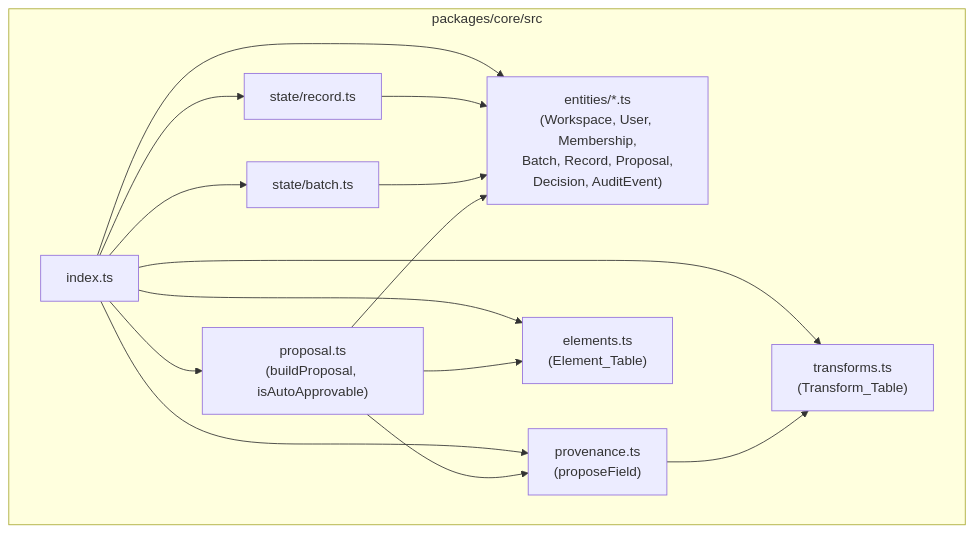
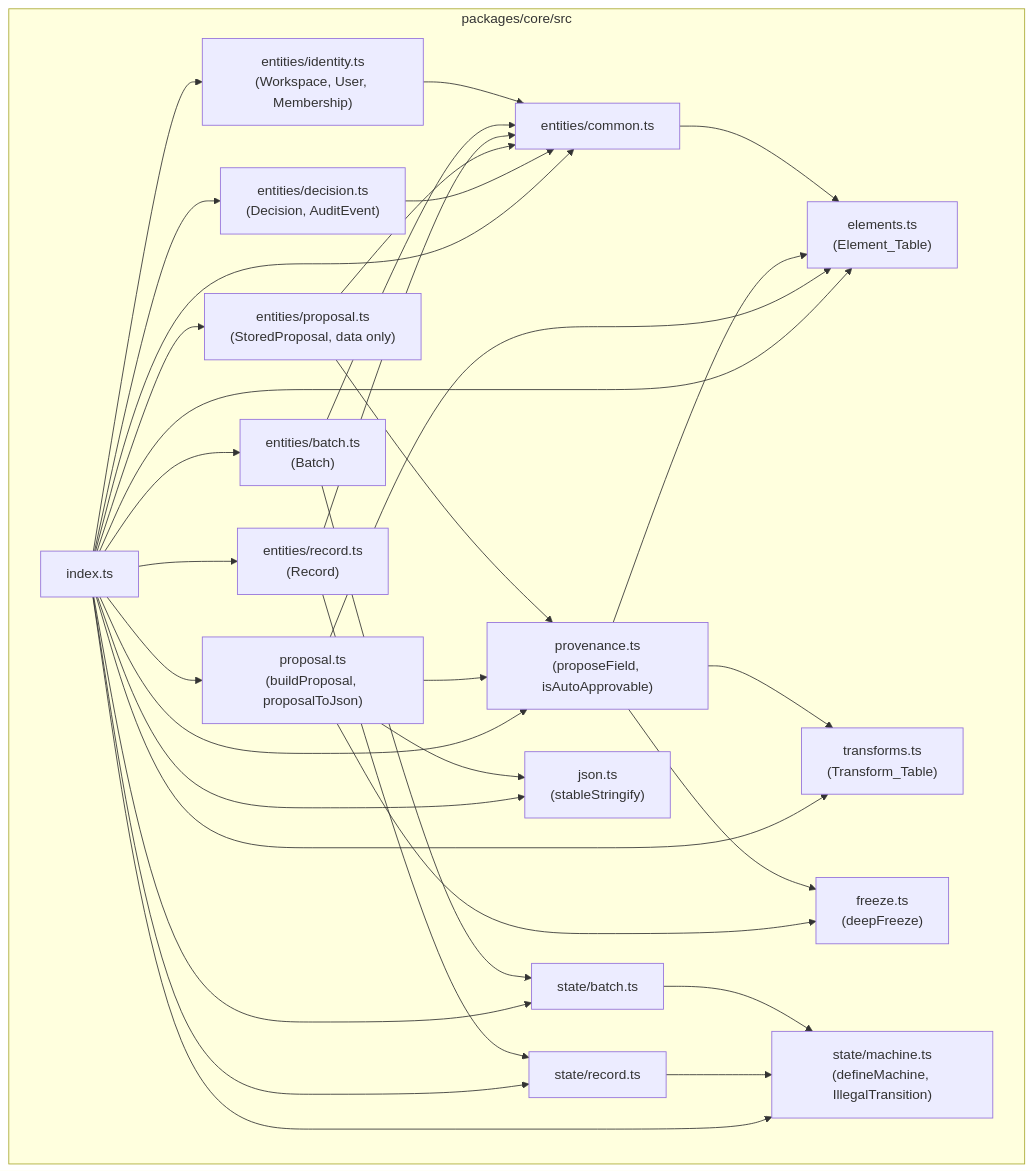
The first of 2 diagrams in .kiro/specs/domain-core/design.md (swapnaliss/4x35), drawn with Mermaid before and after one commit. The commit also changed other lines of this file and 2 other files, not shown here.

````diff
--- a/.kiro/specs/domain-core/design.md
+++ b/.kiro/specs/domain-core/design.md
@@ -27,27 +28,54 @@
 ```mermaid
 flowchart TB
     subgraph "packages/core/src"
-        entities["entities/*.ts\n(Workspace, User, Membership,\nBatch, Record, Proposal,\nDecision, AuditEvent)"]
+        common["entities/common.ts"]
+        identity["entities/identity.ts\n(Workspace, User, Membership)"]
+        batchEnt["entities/batch.ts\n(Batch)"]
+        recordEnt["entities/record.ts\n(Record)"]
+        proposalEnt["entities/proposal.ts\n(StoredProposal, data only)"]
+        decisionEnt["entities/decision.ts\n(Decision, AuditEvent)"]
         elements["elements.ts\n(Element_Table)"]
         transforms["transforms.ts\n(Transform_Table)"]
-        provenance["provenance.ts\n(proposeField)"]
-        proposalMod["proposal.ts\n(buildProposal, isAutoApprovable)"]
+        provenance["provenance.ts\n(proposeField, isAutoApprovable)"]
+        proposalMod["proposal.ts\n(buildProposal, proposalToJson)"]
+        json["json.ts\n(stableStringify)"]
+        freeze["freeze.ts\n(deepFreeze)"]
+        machine["state/machine.ts\n(defineMachine, IllegalTransition)"]
         batchState["state/batch.ts"]
         recordState["state/record.ts"]
         index["index.ts"]
     end
 
+    common --> elements
+    identity --> common
+    batchEnt --> common
+    batchEnt --> batchState
+    recordEnt --> common
+    recordEnt --> recordState
+    proposalEnt --> common
+    proposalEnt --> provenance
+    decisionEnt --> common
+    provenance --> elements
     provenance --> transforms
+    provenance --> freeze
     proposalMod --> provenance
     proposalMod --> elements
-    proposalMod --> entities
-    batchState --> entities
-    recordState --> entities
-    index --> entities
+    proposalMod --> json
+    proposalMod --> freeze
+    batchState --> machine
+    recordState --> machine
     index --> elements
     index --> transforms
     index --> provenance
     index --> proposalMod
+    index --> json
     index --> batchState
     index --> recordState
+    index --> machine
+    index --> common
+    index --> identity
+    index --> batchEnt
+    index --> recordEnt
+    index --> proposalEnt
+    index --> decisionEnt
 ```
````
